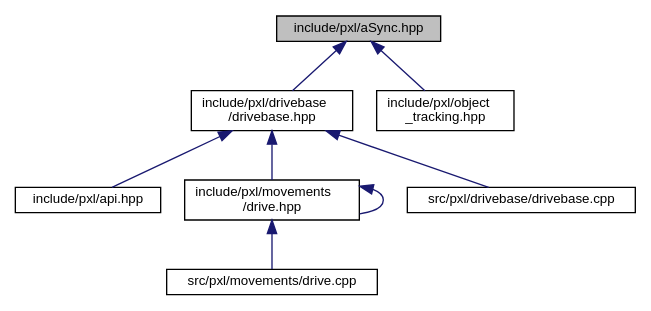
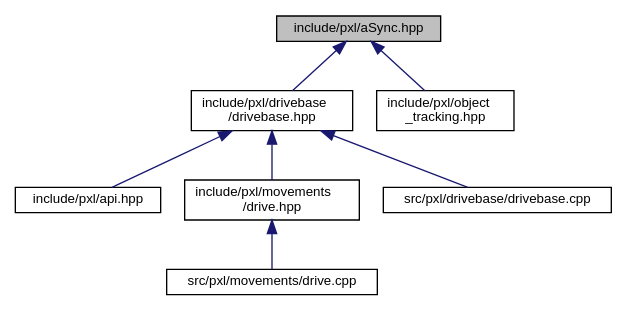
One commit to Pixel-Lib/Pixel changed the diagram in aSync_8hpp__dep__incl.dot. Above: the diagram before and after it, drawn with Graphviz. The commit also changed 17 other files, not shown here.

```diff
--- a/aSync_8hpp__dep__incl.dot
+++ b/aSync_8hpp__dep__incl.dot
@@ -1,20 +1,19 @@
 digraph "include/pxl/aSync.hpp"
 {
  // LATEX_PDF_SIZE
   edge [fontname="Helvetica",fontsize="10",labelfontname="Helvetica",labelfontsize="10"];
   node [fontname="Helvetica",fontsize="10",shape=record];
   Node1 [label="include/pxl/aSync.hpp",height=0.2,width=0.4,color="black", fillcolor="grey75", style="filled", fontcolor="black",tooltip=" "];
   Node1 -> Node2 [dir="back",color="midnightblue",fontsize="10",style="solid",fontname="Helvetica"];
   Node2 [label="include/pxl/drivebase\l/drivebase.hpp",height=0.2,width=0.4,color="black", fillcolor="white", style="filled",URL="$drivebase_8hpp.html",tooltip=" "];
   Node2 -> Node3 [dir="back",color="midnightblue",fontsize="10",style="solid",fontname="Helvetica"];
   Node3 [label="include/pxl/api.hpp",height=0.2,width=0.4,color="black", fillcolor="white", style="filled",URL="$api_8hpp.html",tooltip=" "];
   Node2 -> Node4 [dir="back",color="midnightblue",fontsize="10",style="solid",fontname="Helvetica"];
   Node4 [label="include/pxl/movements\l/drive.hpp",height=0.2,width=0.4,color="black", fillcolor="white", style="filled",URL="$drive_8hpp.html",tooltip=" "];
-  Node4 -> Node4 [dir="back",color="midnightblue",fontsize="10",style="solid",fontname="Helvetica"];
   Node4 -> Node5 [dir="back",color="midnightblue",fontsize="10",style="solid",fontname="Helvetica"];
   Node5 [label="src/pxl/movements/drive.cpp",height=0.2,width=0.4,color="black", fillcolor="white", style="filled",URL="$drive_8cpp.html",tooltip=" "];
   Node2 -> Node6 [dir="back",color="midnightblue",fontsize="10",style="solid",fontname="Helvetica"];
   Node6 [label="src/pxl/drivebase/drivebase.cpp",height=0.2,width=0.4,color="black", fillcolor="white", style="filled",URL="$drivebase_8cpp.html",tooltip=" "];
   Node1 -> Node7 [dir="back",color="midnightblue",fontsize="10",style="solid",fontname="Helvetica"];
   Node7 [label="include/pxl/object\l_tracking.hpp",height=0.2,width=0.4,color="black", fillcolor="white", style="filled",URL="$object__tracking_8hpp.html",tooltip=" "];
 }
```
